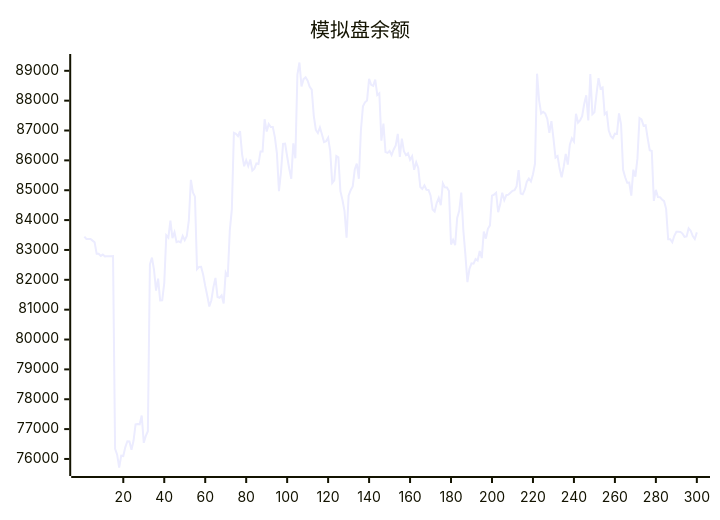
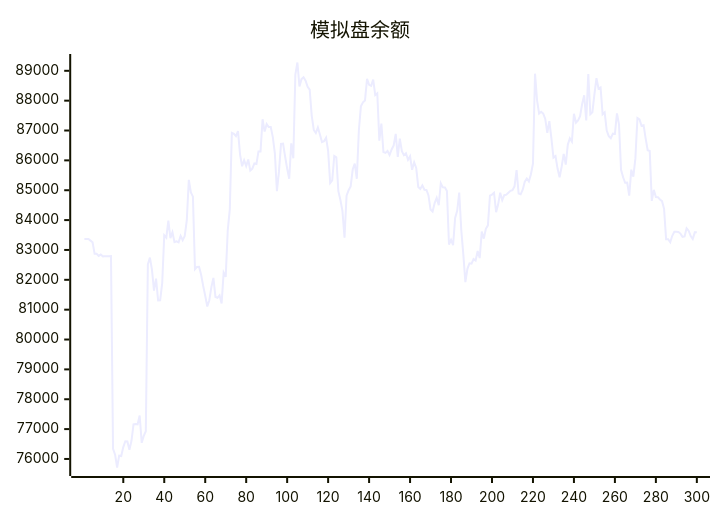
One commit to aahl/ai-trading changed the diagram in README.md. Above: the diagram before and after it, drawn with Mermaid. The commit also changed other lines of this file and 1 other file, not shown here.

````diff
--- a/README.md
+++ b/README.md
@@ -5,5 +5,5 @@
 ```mermaid
 xychart
     title "模拟盘余额"
-    line [83449,83369,83369,83369,83313,83256,82872,82873,82801,82844,82785,82791,82791,82793,82794,76339,76145,75714,76110,76096,76397,76594,76585,76310,76607,77160,77170,77160,77456,76541,76774,76927,82520,82744,82337,81639,82040,81307,81314,81887,83490,83414,83984,83396,83594,83261,83287,83253,83470,83327,83465,83987,85348,84930,84786,82355,82433,82438,82167,81795,81466,81105,81315,81756,82064,81426,81398,81481,81210,82242,82099,83658,84359,86925,86892,86814,86980,86203,85802,86003,85811,86028,85657,85721,85896,85880,86300,86299,87378,86965,87214,87115,87118,86780,86238,84966,85623,86555,86562,86129,85722,85387,86569,86070,88870,89278,88477,88720,88781,88668,88467,88372,87493,87018,86917,87102,86870,86613,86644,86758,86317,85242,85334,86149,86106,84968,84671,84302,83410,84816,85001,85127,85693,85891,85384,87001,87811,87945,88007,88734,88528,88495,88705,88189,88248,86662,87234,86279,86251,86314,86177,86364,86503,86886,86114,86731,86310,86176,86240,86017,86136,85685,85938,85749,85111,85044,85164,85016,85008,84824,84354,84287,84572,84745,84500,85234,85096,85095,84970,83180,83338,83157,84070,84309,84922,83667,82850,81924,82369,82552,82539,82695,82648,82962,82728,83619,83378,83710,83825,84819,84854,84917,84265,84527,84919,84668,84834,84850,84916,84981,85004,85131,85674,84891,84864,85019,85284,85393,85294,85538,85894,88904,88012,87567,87625,87568,87386,86920,87313,86737,86094,86143,85725,85437,85787,86219,85859,86526,86740,86630,87563,87264,87335,87483,87886,88180,87335,88894,87544,87608,88207,88755,88401,88444,87543,87608,87000,86810,86740,86894,86884,87576,87209,85686,85435,85251,85255,84820,85689,85453,86066,87420,87373,87161,87178,86740,86341,86315,84643,85012,84772,84768,84690,84635,84376,83360,83357,83259,83474,83608,83606,83602,83548,83440,83454,83724,83644,83464,83365,83590]
+    line [83369,83369,83369,83313,83256,82872,82873,82801,82844,82785,82791,82791,82793,82794,76339,76145,75714,76110,76096,76397,76594,76585,76310,76607,77160,77170,77160,77456,76541,76774,76927,82520,82744,82337,81639,82040,81307,81314,81887,83490,83414,83984,83396,83594,83261,83287,83253,83470,83327,83465,83987,85348,84930,84786,82355,82433,82438,82167,81795,81466,81105,81315,81756,82064,81426,81398,81481,81210,82242,82099,83658,84359,86925,86892,86814,86980,86203,85802,86003,85811,86028,85657,85721,85896,85880,86300,86299,87378,86965,87214,87115,87118,86780,86238,84966,85623,86555,86562,86129,85722,85387,86569,86070,88870,89278,88477,88720,88781,88668,88467,88372,87493,87018,86917,87102,86870,86613,86644,86758,86317,85242,85334,86149,86106,84968,84671,84302,83410,84816,85001,85127,85693,85891,85384,87001,87811,87945,88007,88734,88528,88495,88705,88189,88248,86662,87234,86279,86251,86314,86177,86364,86503,86886,86114,86731,86310,86176,86240,86017,86136,85685,85938,85749,85111,85044,85164,85016,85008,84824,84354,84287,84572,84745,84500,85234,85096,85095,84970,83180,83338,83157,84070,84309,84922,83667,82850,81924,82369,82552,82539,82695,82648,82962,82728,83619,83378,83710,83825,84819,84854,84917,84265,84527,84919,84668,84834,84850,84916,84981,85004,85131,85674,84891,84864,85019,85284,85393,85294,85538,85894,88904,88012,87567,87625,87568,87386,86920,87313,86737,86094,86143,85725,85437,85787,86219,85859,86526,86740,86630,87563,87264,87335,87483,87886,88180,87335,88894,87544,87608,88207,88755,88401,88444,87543,87608,87000,86810,86740,86894,86884,87576,87209,85686,85435,85251,85255,84820,85689,85453,86066,87420,87373,87161,87178,86740,86341,86315,84643,85012,84772,84768,84690,84635,84376,83360,83357,83259,83474,83608,83606,83602,83548,83440,83454,83724,83644,83464,83365,83590,83592]
 ```
````
